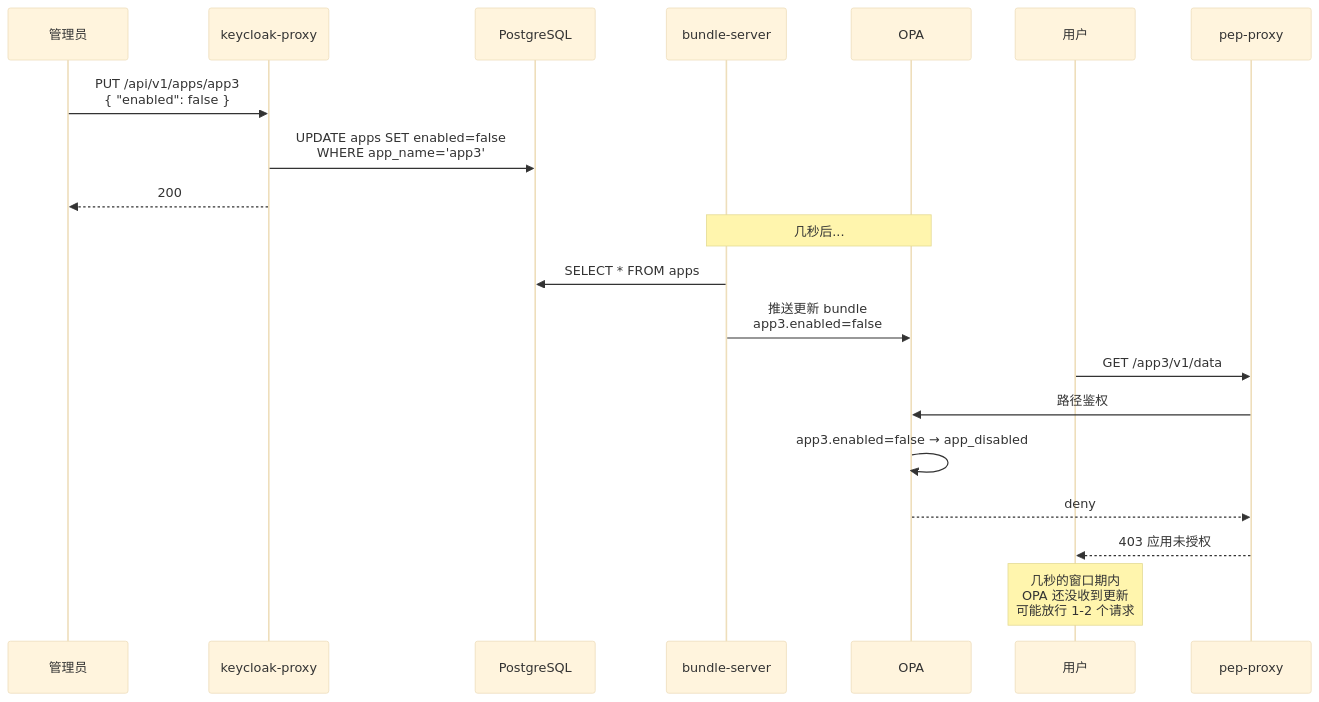
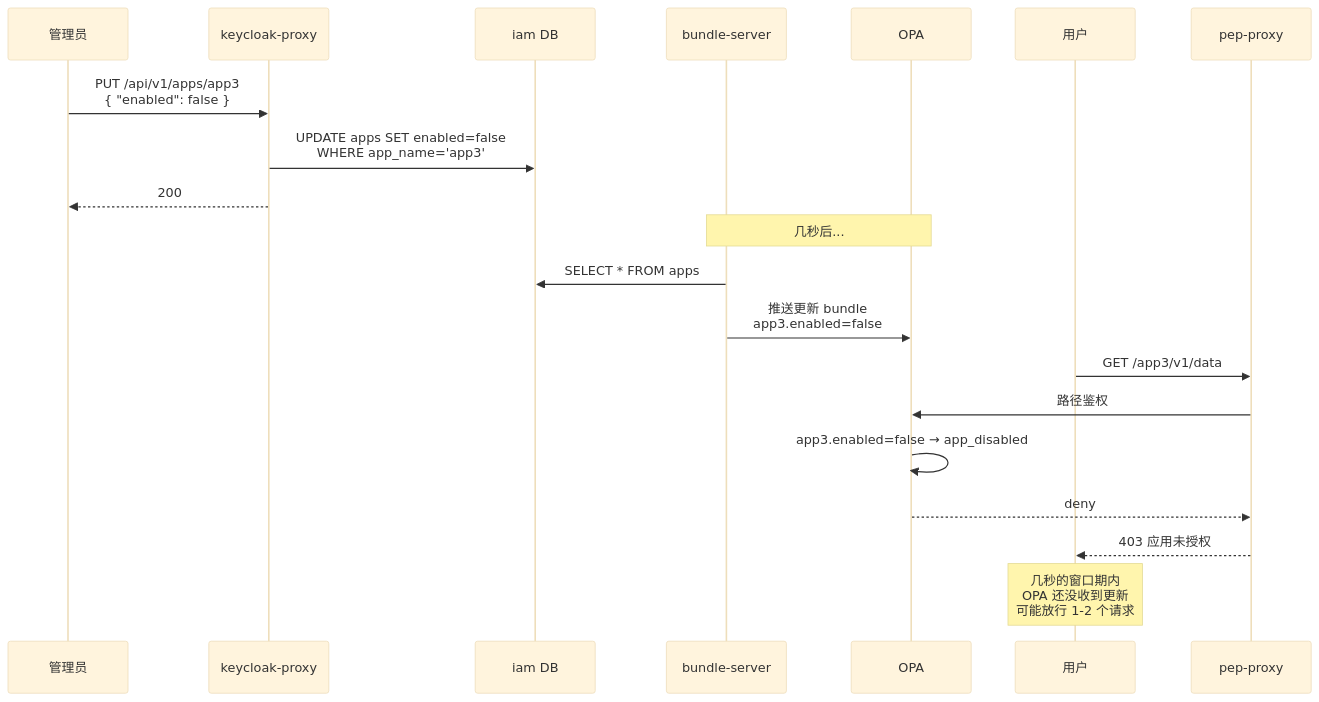
Diagram 11 of 11 in diagrams/data-storage.md (xiewanchao/aidp-iam), drawn with Mermaid (base theme) before and after one commit. The commit also changed other lines of this file and 5 other files, not shown here.

````diff
--- a/diagrams/data-storage.md
+++ b/diagrams/data-storage.md
@@ -372,26 +553,26 @@
 ```mermaid
 sequenceDiagram
     participant ADMIN as 管理员
     participant KP as keycloak-proxy
-    participant PG as PostgreSQL
+    participant IAM as iam DB
     participant BS as bundle-server
     participant OPA as OPA
     participant USER as 用户
     participant PEP as pep-proxy
 
     ADMIN->>KP: PUT /api/v1/apps/app3<br/>{ "enabled": false }
-    KP->>PG: UPDATE apps SET enabled=false<br/>WHERE app_name='app3'
+    KP->>IAM: UPDATE apps SET enabled=false<br/>WHERE app_name='app3'
     KP-->>ADMIN: 200
 
     Note over BS,OPA: 几秒后...
-    BS->>PG: SELECT * FROM apps
+    BS->>IAM: SELECT * FROM apps
     BS->>OPA: 推送更新 bundle<br/>app3.enabled=false
 
     USER->>PEP: GET /app3/v1/data
     PEP->>OPA: 路径鉴权
     OPA->>OPA: app3.enabled=false → app_disabled
     OPA-->>PEP: deny
     PEP-->>USER: 403 应用未授权
 
     Note over USER: 几秒的窗口期内<br/>OPA 还没收到更新<br/>可能放行 1-2 个请求
 ```
````
